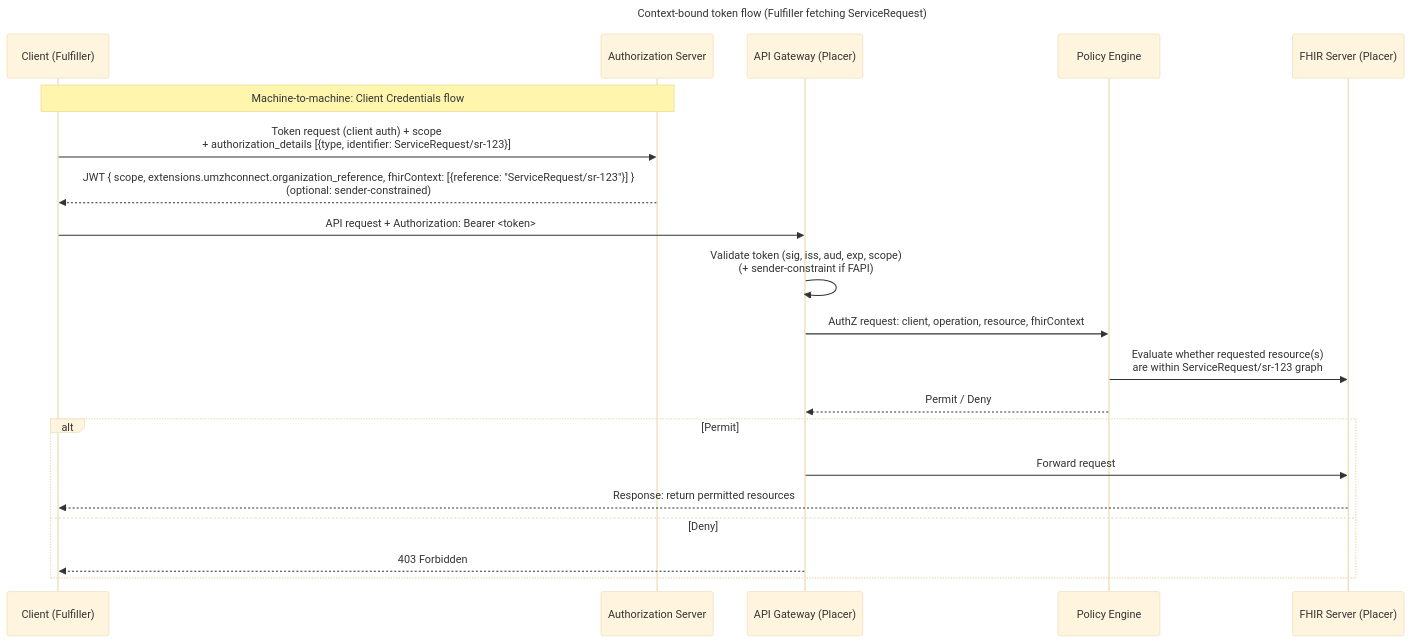
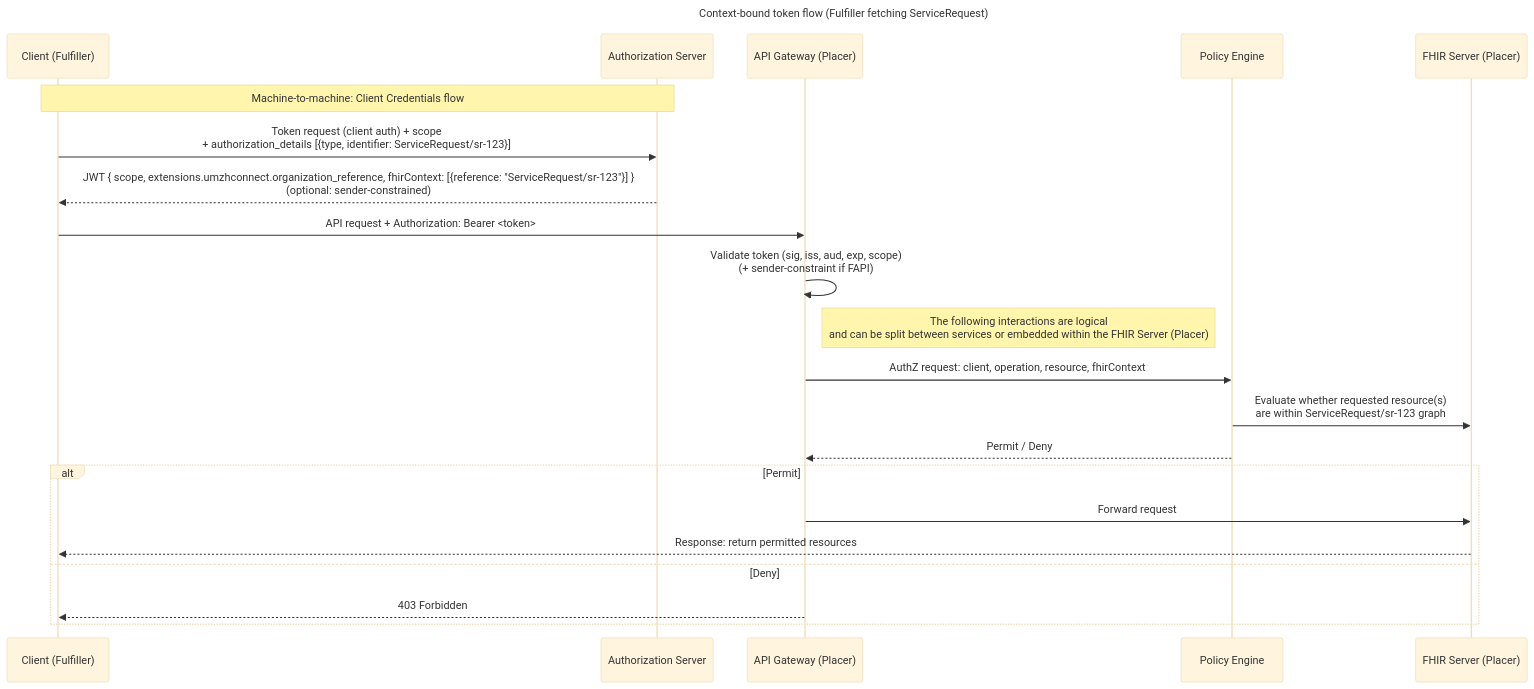
The second of 3 diagrams in input/pagecontent/security.md (umzhconnect/umzhconnect-ig), drawn with Mermaid (base theme) before and after one commit. The commit also changed other lines of this file and 1 other file, not shown here.

````diff
--- a/input/pagecontent/security.md
+++ b/input/pagecontent/security.md
@@ -174,26 +174,27 @@
 ```mermaid
 sequenceDiagram
   title Context-bound token flow (Fulfiller fetching ServiceRequest)
 
   participant C as Client (Fulfiller)
   participant AS as Authorization Server
   participant AG as API Gateway (Placer)
   participant PE as Policy Engine
   participant FHIR as FHIR Server (Placer)
 
   Note over C,AS: Machine-to-machine: Client Credentials flow
   C->>AS: Token request (client auth) + scope<br/>+ authorization_details [{type, identifier: ServiceRequest/sr-123}]
   AS-->>C: JWT { scope, extensions.umzhconnect.organization_reference, fhirContext: [{reference: "ServiceRequest/sr-123"}] }<br/>(optional: sender-constrained)
 
   C->>AG: API request + Authorization: Bearer <token>
   AG->>AG: Validate token (sig, iss, aud, exp, scope)<br/>(+ sender-constraint if FAPI)
+  Note right of AG: The following interactions are logical <br> and can be split between services or embedded within the FHIR Server (Placer)
   AG->>PE: AuthZ request: client, operation, resource, fhirContext
   PE->>FHIR: Evaluate whether requested resource(s)<br/>are within ServiceRequest/sr-123 graph
   PE-->>AG: Permit / Deny
   alt Permit
     AG->>FHIR: Forward request
     FHIR-->>C: Response: return permitted resources
   else Deny
     AG-->>C: 403 Forbidden
   end
 ```
````
